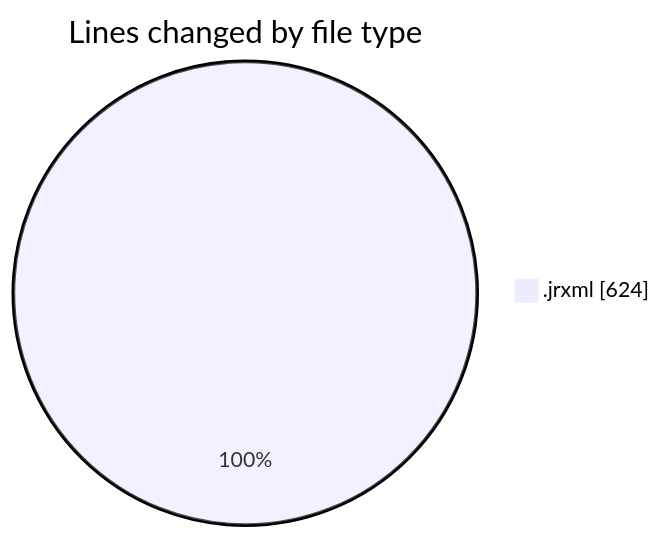
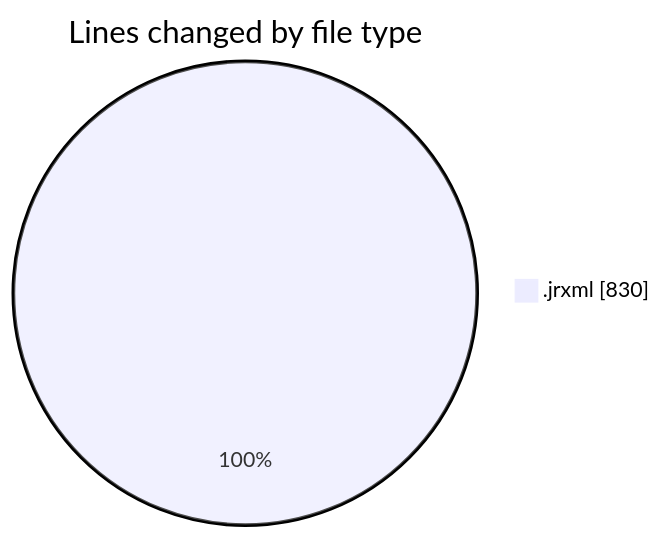
The first of 2 diagrams in 2026-10-27/cilreports__workspace_/README.md (ricardozamudiocil/code-tracking), drawn with Mermaid before and after one commit. The commit also changed other lines of this file and 1 other file, not shown here.

````diff
--- a/2026-10-27/cilreports__workspace_/README.md
+++ b/2026-10-27/cilreports__workspace_/README.md
@@ -21,5 +21,5 @@
 ```mermaid
 pie showData
 title Lines changed by file type
-".jrxml" : 624
+".jrxml" : 830
 ```
````
